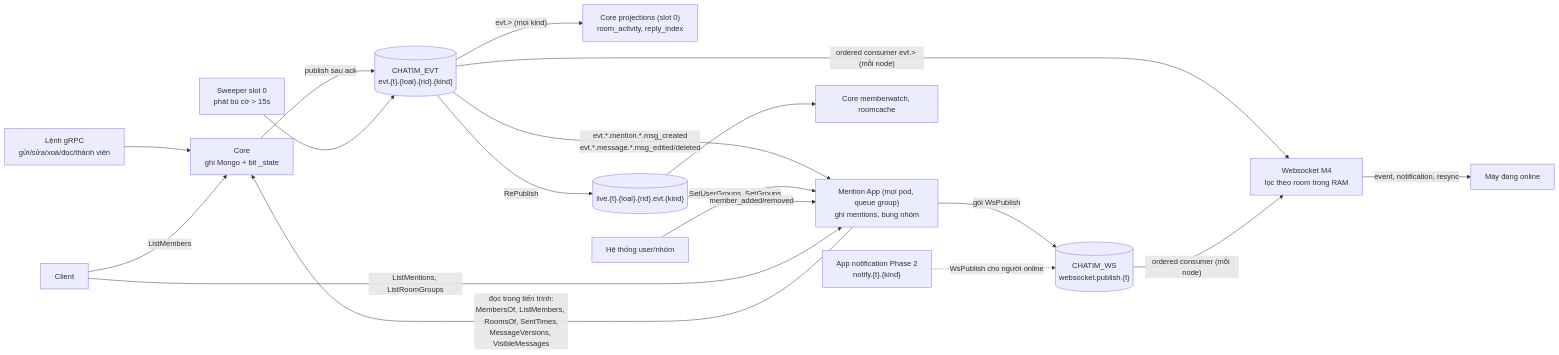
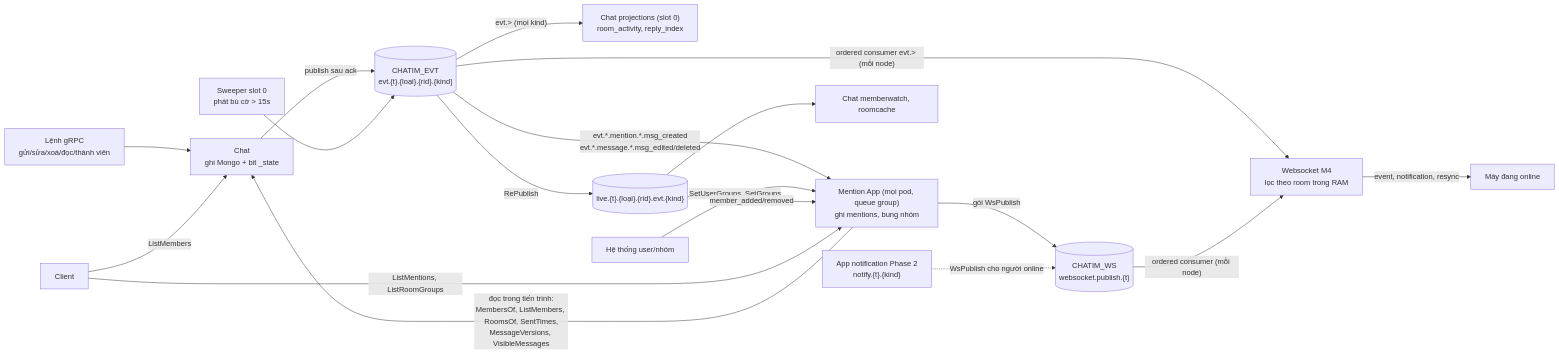
Before and after one commit to ivannguyendev/chatim: the diagram in docs/events.md, drawn with Mermaid. The commit also changed other lines of this file and 332 other files, not shown here.

````diff
--- a/docs/events.md
+++ b/docs/events.md
@@ -142,20 +142,20 @@
 ```mermaid
 flowchart LR
-  Cmd["Lệnh gRPC<br/>gửi/sửa/xoá/đọc/thành viên"] --> Core["Core<br/>ghi Mongo + bit _state"]
-  Core -->|publish sau ack| EVT[("CHATIM_EVT<br/>evt.{t}.{loại}.{rid}.{kind}")]
+  Cmd["Lệnh gRPC<br/>gửi/sửa/xoá/đọc/thành viên"] --> Chat["Chat<br/>ghi Mongo + bit _state"]
+  Chat -->|publish sau ack| EVT[("CHATIM_EVT<br/>evt.{t}.{loại}.{rid}.{kind}")]
   Sweeper["Sweeper slot 0<br/>phát bù cờ > 15s"] --> EVT
-  EVT -->|"evt.> (mọi kind)"| Proj["Core projections (slot 0)<br/>room_activity, reply_index"]
+  EVT -->|"evt.> (mọi kind)"| Proj["Chat projections (slot 0)<br/>room_activity, reply_index"]
   EVT -->|"evt.*.mention.*.msg_created<br/>evt.*.message.*.msg_edited/deleted"| MA["Mention App (mọi pod, queue group)<br/>ghi mentions, bung nhóm"]
   EVT -->|RePublish| Live[("live.{t}.{loại}.{rid}.evt.{kind}")]
-  Live --> Watch["Core memberwatch, roomcache"]
+  Live --> Watch["Chat memberwatch, roomcache"]
   EVT -->|"ordered consumer evt.> (mỗi node)"| WS["Websocket M4<br/>lọc theo room trong RAM"]
   WS -->|"event, notification, resync"| Device["Máy đang online"]
   Groups["Hệ thống user/nhóm"] -->|"SetUserGroups, SetGroups"| MA
   Live -->|member_added/removed| MA
-  MA -->|"đọc trong tiến trình:<br/>MembersOf, ListMembers, RoomsOf, SentTimes,<br/>MessageVersions, VisibleMessages"| Core
+  MA -->|"đọc trong tiến trình:<br/>MembersOf, ListMembers, RoomsOf, SentTimes,<br/>MessageVersions, VisibleMessages"| Chat
   MA -->|"gói WsPublish"| WSBOX[("CHATIM_WS<br/>websocket.publish.{t}")]
   WSBOX -->|"ordered consumer (mỗi node)"| WS
   Notif["App notification Phase 2<br/>notify.{t}.{kind}"] -.->|"WsPublish cho người online"| WSBOX
   Client["Client"] -->|"ListMentions, ListRoomGroups"| MA
-  Client -->|ListMembers| Core
+  Client -->|ListMembers| Chat
 ```
````
